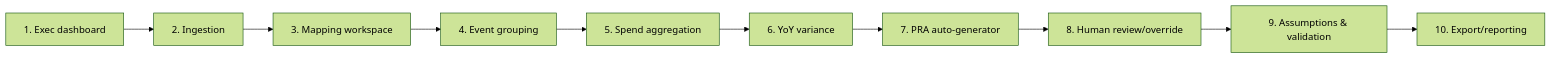
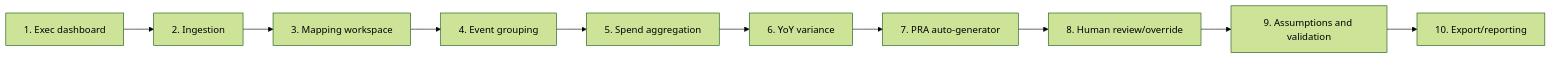
Before and after one commit to seanyofthedead/fema-id: the diagram in solution-design/fema-program-id-risk-assessment/11-demo-storyboard.md, drawn with Mermaid (forest theme). The commit also changed 6 other files, not shown here.

````diff
--- a/solution-design/fema-program-id-risk-assessment/11-demo-storyboard.md
+++ b/solution-design/fema-program-id-risk-assessment/11-demo-storyboard.md
@@ -14,12 +14,12 @@
 ```mermaid
 flowchart LR
     A[1. Exec dashboard] --> B[2. Ingestion]
     B --> C[3. Mapping workspace]
     C --> D[4. Event grouping]
     D --> E[5. Spend aggregation]
     E --> F[6. YoY variance]
     F --> G[7. PRA auto-generator]
     G --> H[8. Human review/override]
-    H --> I[9. Assumptions & validation]
+    H --> I[9. Assumptions and validation]
     I --> J[10. Export/reporting]
 ```
````
